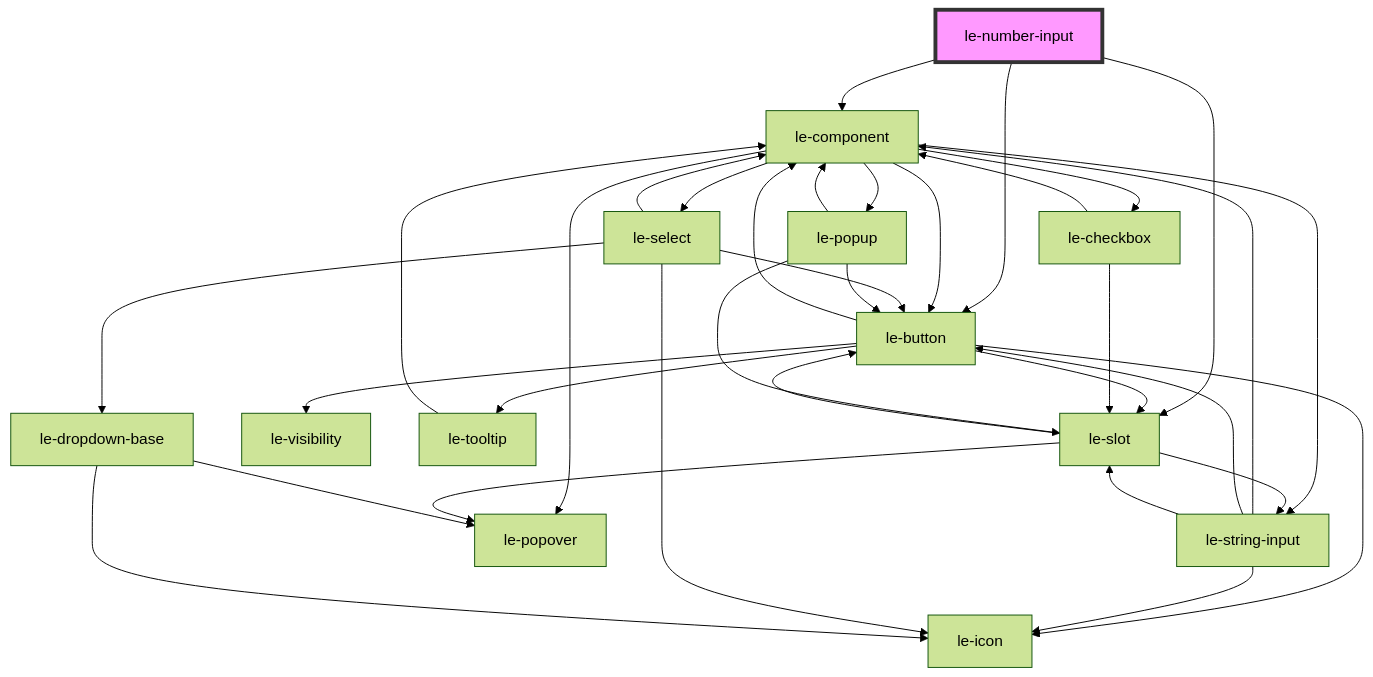
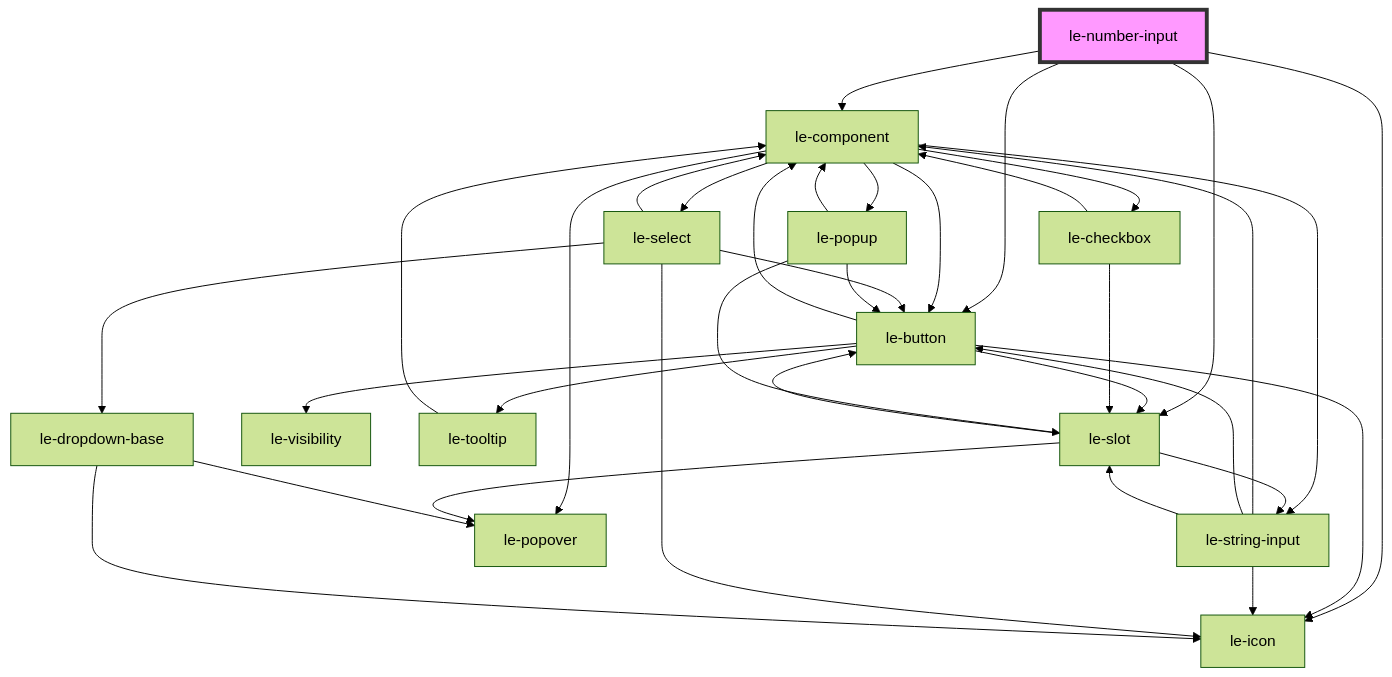
The diagram in packages/core/src/components/le-number-input/readme.md (leechy/le-kit), drawn with Mermaid (forest theme) before and after one commit. The commit also changed other lines of this file and 8 other files, not shown here.

Commit message:
Adding stepper mode for <le-number-input> and many icons improvements

````diff
--- a/packages/core/src/components/le-number-input/readme.md
+++ b/packages/core/src/components/le-number-input/readme.md
@@ -61,37 +73,38 @@
 ```mermaid
 graph TD;
+  le-number-input --> le-icon
   le-number-input --> le-component
   le-number-input --> le-button
   le-number-input --> le-slot
   le-component --> le-button
   le-component --> le-select
   le-component --> le-checkbox
   le-component --> le-string-input
   le-component --> le-popover
   le-component --> le-popup
   le-button --> le-icon
   le-button --> le-visibility
   le-button --> le-slot
   le-button --> le-component
   le-button --> le-tooltip
   le-slot --> le-popover
   le-slot --> le-button
   le-slot --> le-string-input
   le-string-input --> le-component
   le-string-input --> le-button
   le-string-input --> le-icon
   le-string-input --> le-slot
   le-tooltip --> le-component
+  le-select --> le-icon
   le-select --> le-component
   le-select --> le-dropdown-base
   le-select --> le-button
-  le-select --> le-icon
   le-dropdown-base --> le-icon
   le-dropdown-base --> le-popover
   le-checkbox --> le-component
   le-checkbox --> le-slot
   le-popup --> le-slot
   le-popup --> le-button
   le-popup --> le-component
   style le-number-input fill:#f9f,stroke:#333,stroke-width:4px
 ```
````
